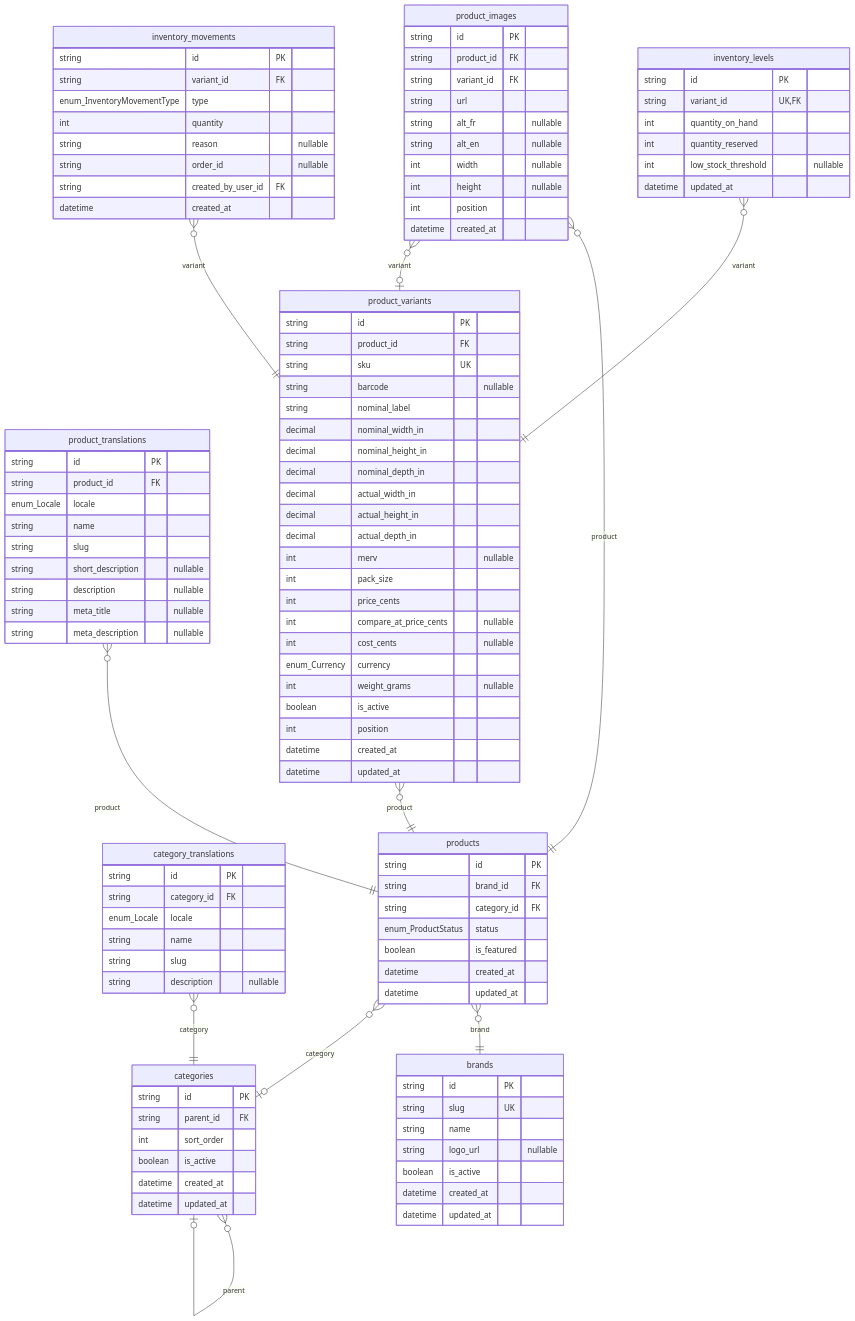
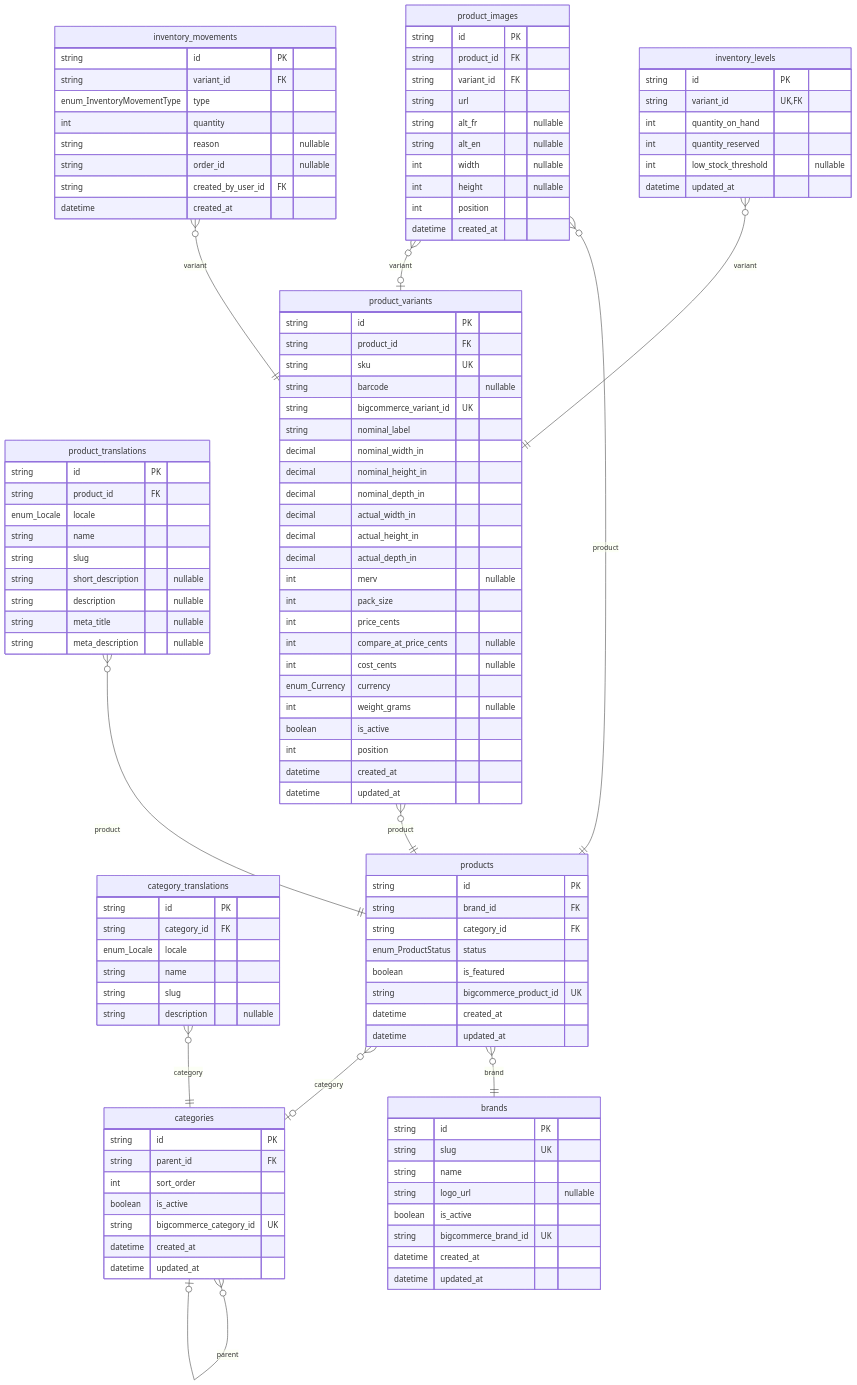
The second of 8 diagrams in docs/database-erd.md (TylerNi/site-ffc), drawn with Mermaid before and after one commit. The commit also changed 26 other files, not shown here.

```diff
--- a/docs/database-erd.md
+++ b/docs/database-erd.md
@@ -137,6 +137,7 @@
     string name
     string logo_url "nullable"
     boolean is_active
+    string bigcommerce_brand_id UK
     datetime created_at
     datetime updated_at
   }
@@ -145,6 +146,7 @@
     string parent_id FK
     int sort_order
     boolean is_active
+    string bigcommerce_category_id UK
     datetime created_at
     datetime updated_at
   }
@@ -162,6 +164,7 @@
     string category_id FK
     enum_ProductStatus status
     boolean is_featured
+    string bigcommerce_product_id UK
     datetime created_at
     datetime updated_at
   }
@@ -181,6 +184,7 @@
     string product_id FK
     string sku UK
     string barcode "nullable"
+    string bigcommerce_variant_id UK
     string nominal_label
     decimal nominal_width_in
     decimal nominal_height_in
```
